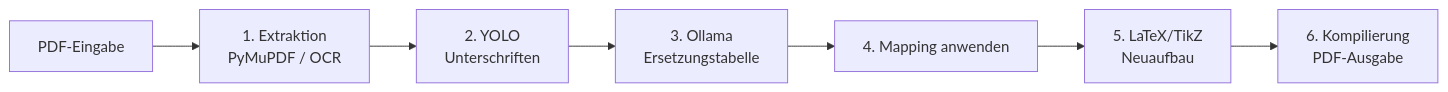
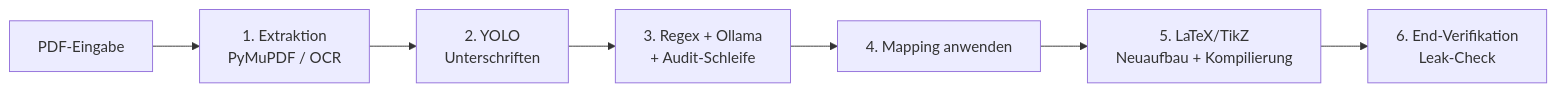
One commit to klappstuhl24/local_pdf_anonymizer changed the diagram in README.md. Above: the diagram before and after it, drawn with Mermaid. The commit also changed other lines of this file and 3 other files, not shown here.

````diff
--- a/README.md
+++ b/README.md
@@ -111,9 +116,9 @@
 ```mermaid
 flowchart LR
     A[PDF-Eingabe] --> B[1. Extraktion\nPyMuPDF / OCR]
     B --> C[2. YOLO\nUnterschriften]
-    C --> D[3. Ollama\nErsetzungstabelle]
+    C --> D[3. Regex + Ollama\n+ Audit-Schleife]
     D --> E[4. Mapping anwenden]
-    E --> F[5. LaTeX/TikZ\nNeuaufbau]
-    F --> G[6. Kompilierung\nPDF-Ausgabe]
+    E --> F[5. LaTeX/TikZ\nNeuaufbau + Kompilierung]
+    F --> G[6. End-Verifikation\nLeak-Check]
 ```
````
